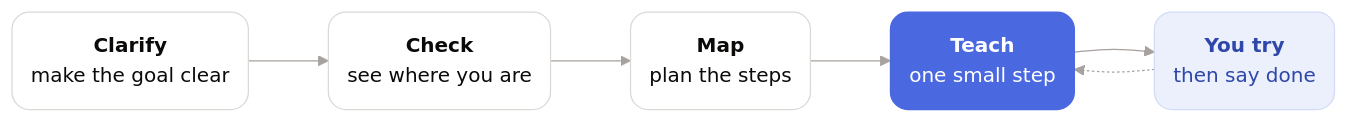
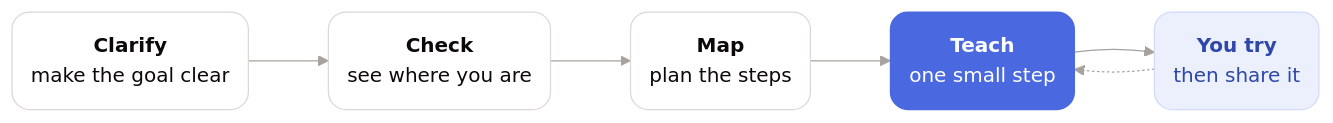
One commit to loselen/learn-anything changed the first of 2 diagrams in README.md. Above: the diagram before and after it, drawn with Mermaid. The commit also changed other lines of this file and 3 other files, not shown here.

````diff
--- a/README.md
+++ b/README.md
@@ -25,20 +25,20 @@
 ```mermaid
 %%{init: {"flowchart": {"curve": "basis", "rankSpacing": 64}, "themeVariables": {"lineColor": "#A8A29E"}}}%%
 flowchart LR
     A("`**Clarify**
     make the goal clear`") --> B("`**Check**
     see where you are`")
     B --> C("`**Map**
     plan the steps`")
     C --> D("`**Teach**
     one small step`")
     D --> E("`**You try**
-    then say done`")
+    then share it`")
     E -.-> D
     classDef step fill:#FFFFFF,stroke:#DCD8D4,color:#0C0A09,filter:none,rx:14px,ry:14px
     classDef main fill:#4A68E0,stroke:#4A68E0,color:#FFFFFF,filter:none,rx:14px,ry:14px
     classDef you fill:#ECF0FD,stroke:#D2DBF7,color:#2E47A8,filter:none,rx:14px,ry:14px
     class A,B,C step
     class D main
     class E you
 ```
````
